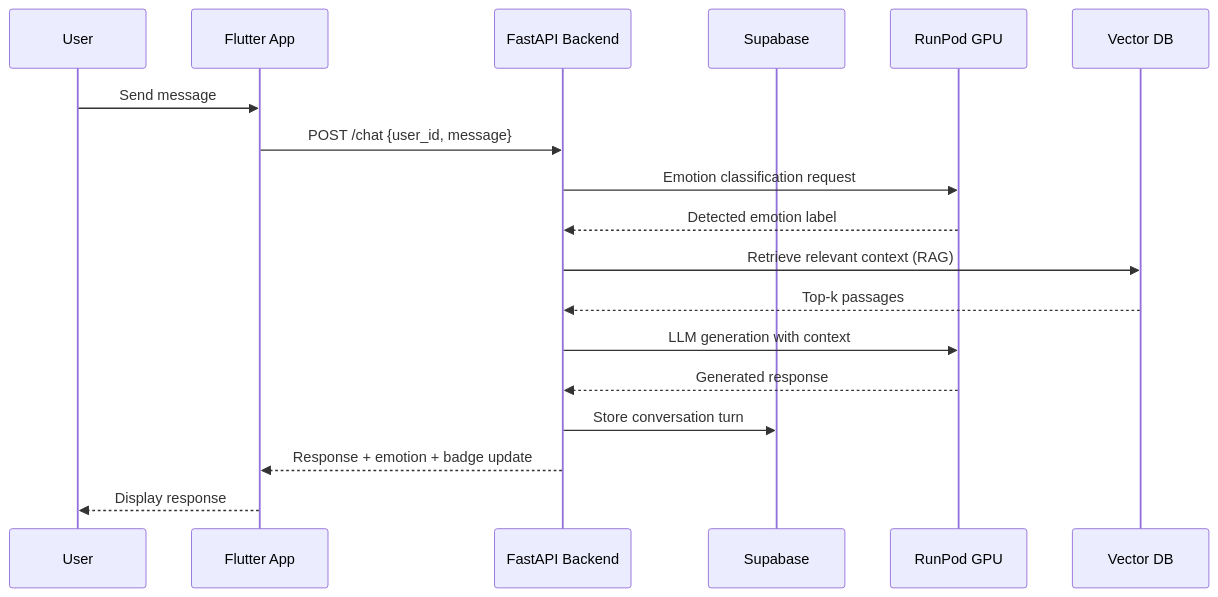
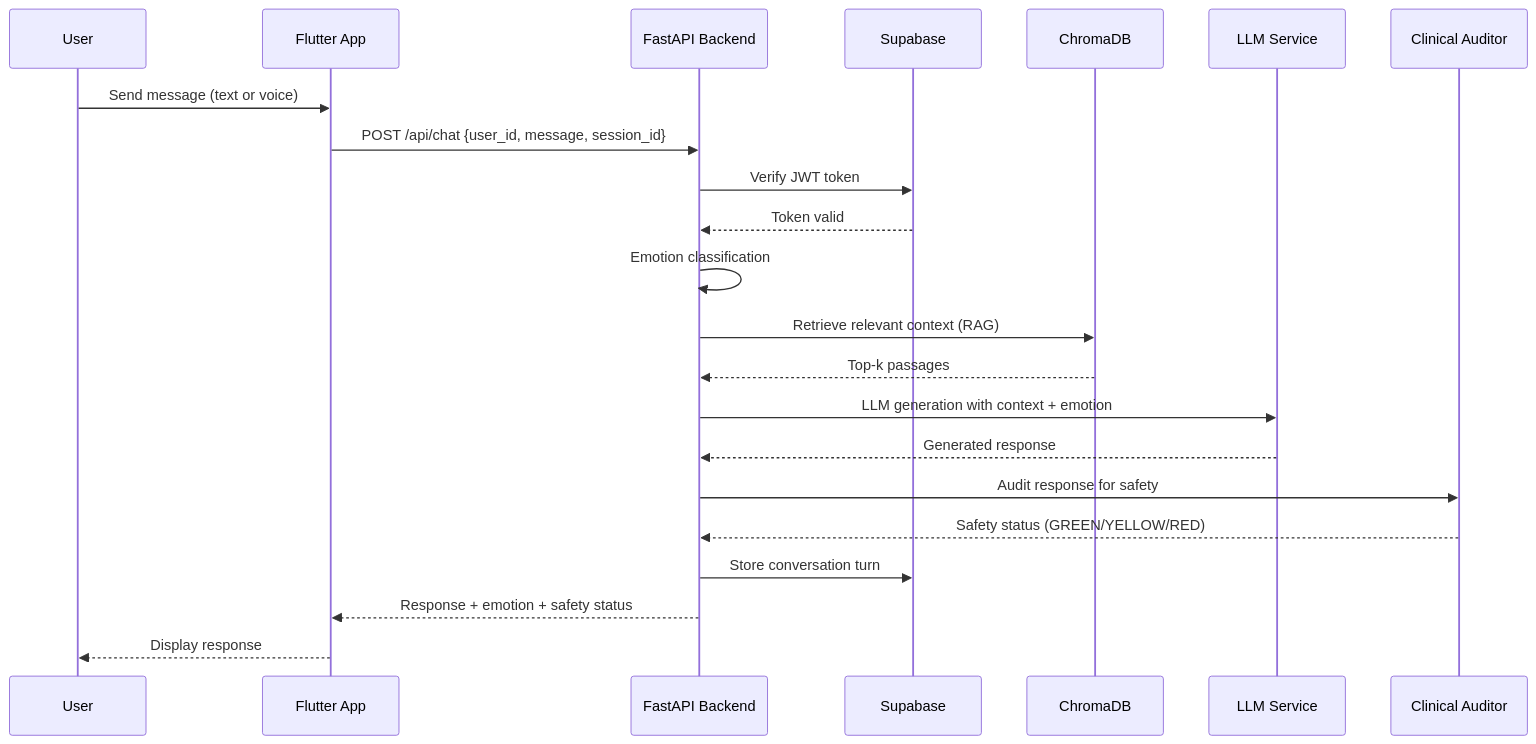
One commit to Upheal1/UpHeal-Doc changed the second of 4 diagrams in chapters/03-system-design.qmd. Above: the diagram before and after it, drawn with Mermaid. The commit also changed other lines of this file and 15 other files, not shown here.

````diff
--- a/chapters/03-system-design.qmd
+++ b/chapters/03-system-design.qmd
@@ -47,21 +53,25 @@
 ```{mermaid}
 sequenceDiagram
     participant U as User
     participant F as Flutter App
     participant B as FastAPI Backend
     participant S as Supabase
-    participant R as RunPod GPU
-    participant V as Vector DB
+    participant C as ChromaDB
+    participant L as LLM Service
+    participant A as Clinical Auditor
 
-    U->>F: Send message
-    F->>B: POST /chat {user_id, message}
-    B->>R: Emotion classification request
-    R-->>B: Detected emotion label
-    B->>V: Retrieve relevant context (RAG)
-    V-->>B: Top-k passages
-    B->>R: LLM generation with context
-    R-->>B: Generated response
+    U->>F: Send message (text or voice)
+    F->>B: POST /api/chat {user_id, message, session_id}
+    B->>S: Verify JWT token
+    S-->>B: Token valid
+    B->>B: Emotion classification
+    B->>C: Retrieve relevant context (RAG)
+    C-->>B: Top-k passages
+    B->>L: LLM generation with context + emotion
+    L-->>B: Generated response
+    B->>A: Audit response for safety
+    A-->>B: Safety status (GREEN/YELLOW/RED)
     B->>S: Store conversation turn
-    B-->>F: Response + emotion + badge update
+    B-->>F: Response + emotion + safety status
     F-->>U: Display response
 ```
````
